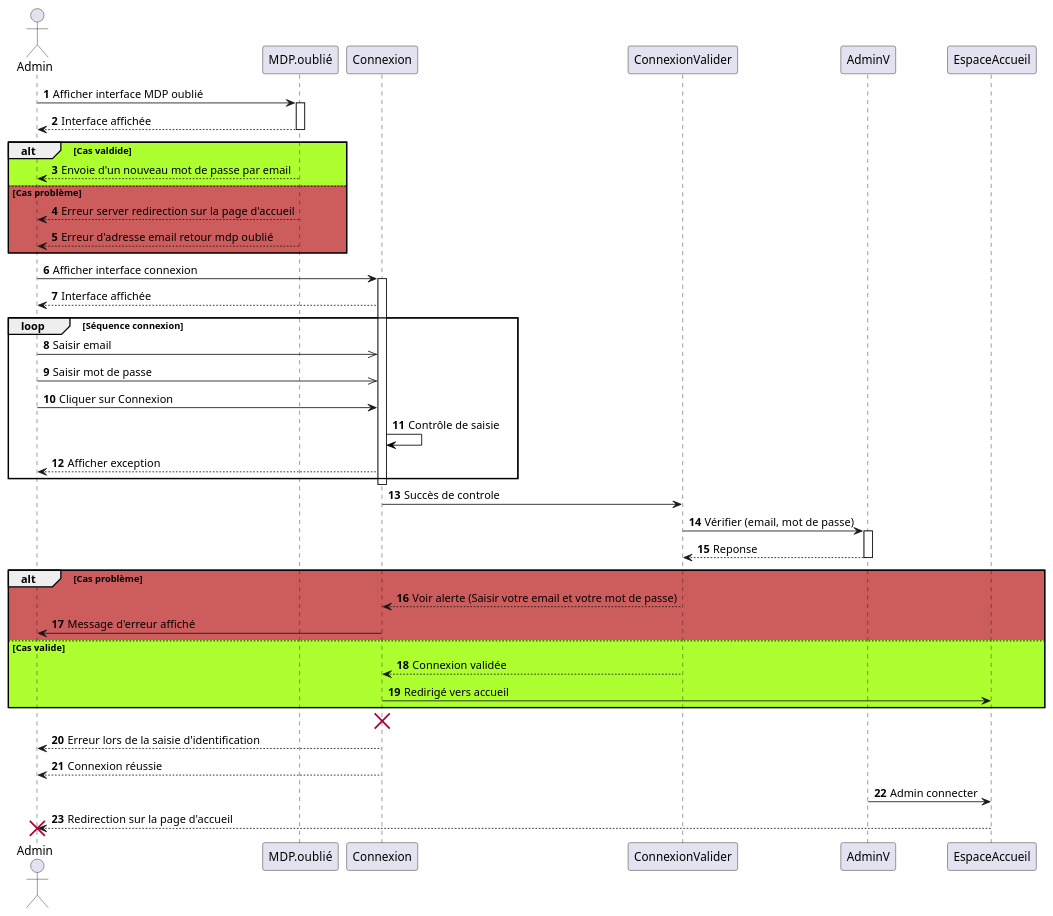
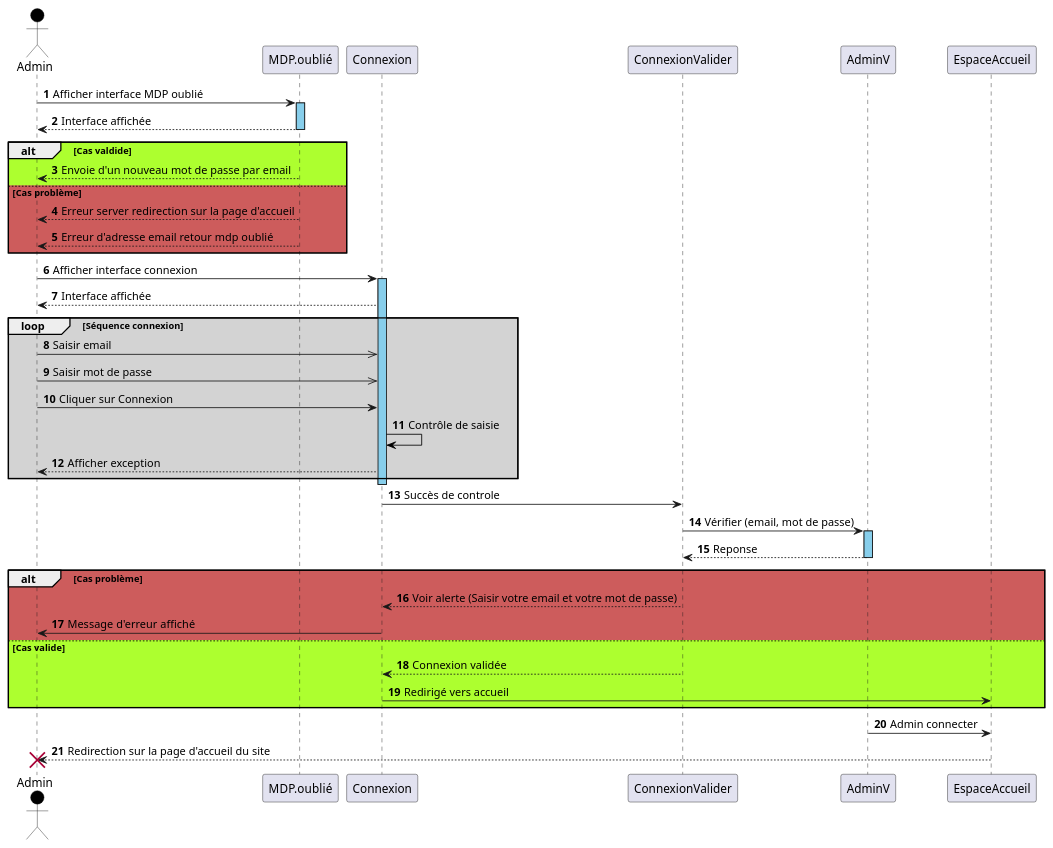
The diagram in documents/analyse_uml/diagramme_de_sequence/diagramme_sequence_connecter.wsd (nwehla/QuidideanceTest), drawn with PlantUML before and after one commit. The commit also changed 1 other file, not shown here.

Commit message:
Diagramme séquentiel connecter

```diff
--- a/documents/analyse_uml/diagramme_de_sequence/diagramme_sequence_connecter.wsd
+++ b/documents/analyse_uml/diagramme_de_sequence/diagramme_sequence_connecter.wsd
@@ -1,49 +1,47 @@
 @startuml Connecter
 autonumber
-actor Admin 
+actor Admin #Black
 Admin -> MDP.oublié : Afficher interface MDP oublié
-activate MDP.oublié
+activate MDP.oublié #SkyBlue
 MDP.oublié --> Admin : Interface affichée
 deactivate MDP.oublié
 alt #GreenYellow Cas valdide 
 MDP.oublié --> Admin : Envoie d'un nouveau mot de passe par email
 else #IndianRed Cas problème
 MDP.oublié --> Admin : Erreur server redirection sur la page d'accueil
 MDP.oublié --> Admin : Erreur d'adresse email retour mdp oublié
 end
 
 
 Admin -> Connexion : Afficher interface connexion
-activate Connexion
+activate Connexion #SkyBlue
 Connexion --> Admin : Interface affichée
-loop Séquence connexion
+loop #LightGrey Séquence connexion
 Admin ->> Connexion : Saisir email
 Admin ->> Connexion : Saisir mot de passe 
 Admin -> Connexion : Cliquer sur Connexion
 Connexion -[#Black]> Connexion : Contrôle de saisie
 Connexion --> Admin : Afficher exception
 end
 deactivate Connexion
 Connexion -> ConnexionValider : Succès de controle
 deactivate ConnexionValider
 
 ConnexionValider -> AdminV : Vérifier (email, mot de passe)
-activate AdminV
+activate AdminV #SkyBlue
 AdminV --> ConnexionValider : Reponse
 deactivate AdminV
 alt #IndianRed Cas problème
 ConnexionValider --> Connexion : Voir alerte (Saisir votre email et votre mot de passe)
 Connexion -> Admin : Message d'erreur affiché
 else #GreenYellow Cas valide
 ConnexionValider --> Connexion : Connexion validée
 Connexion -> EspaceAccueil : Redirigé vers accueil
 end 
-destroy Connexion
 deactivate Connexion
 
-Connexion --> Admin : Erreur lors de la saisie d'identification
-Connexion --> Admin : Connexion réussie
 AdminV -> EspaceAccueil : Admin connecter
-EspaceAccueil --> Admin : Redirection sur la page d'accueil
+EspaceAccueil --> Admin : Redirection sur la page d'accueil du site
 destroy Admin
+
 @enduml
```
